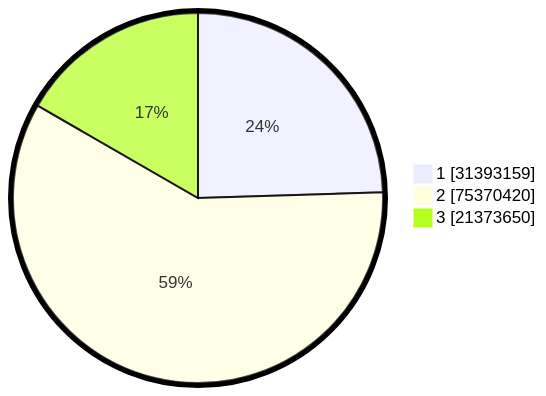
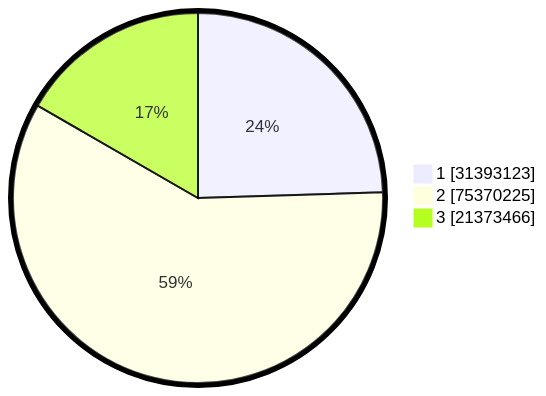
Before and after one commit to gigit-pemilu/pemilu-2024: the second of 2 diagrams in pilpres/hitung-suara/README.md, drawn with Mermaid. The commit also changed other lines of this file and 8 other files, not shown here.

````diff
--- a/pilpres/hitung-suara/README.md
+++ b/pilpres/hitung-suara/README.md
@@ -93,7 +93,7 @@
 ```mermaid
 %%{init: {"pie": {"textPosition": 0.5}, "themeVariables": {"pieOuterStrokeWidth": "5px"}} }%%
 pie showData
-    "1" : 31393159
-    "2" : 75370420
-    "3" : 21373650
+    "1" : 31393123
+    "2" : 75370225
+    "3" : 21373466
 ```
````
